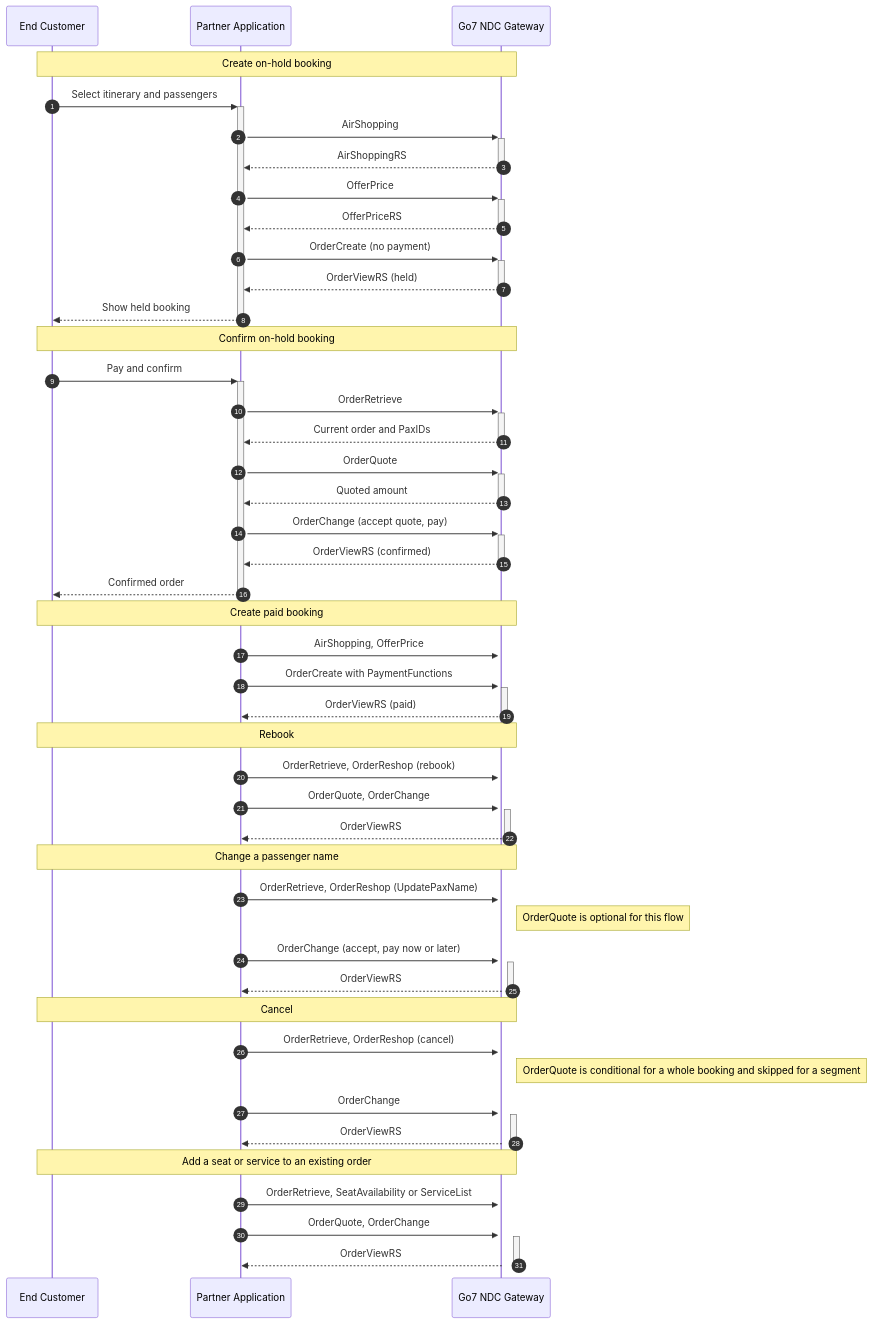
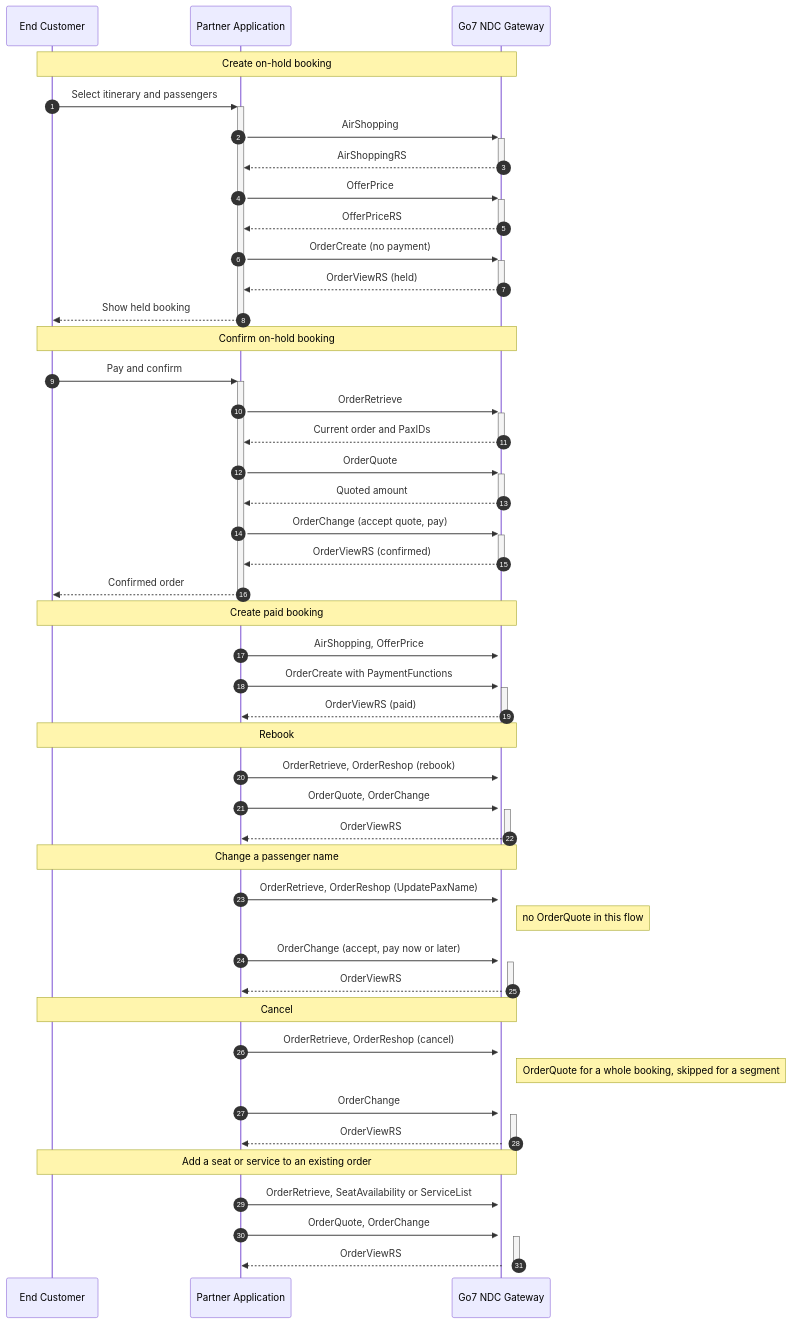
One commit to GO7-WorldTicket/docs changed the diagram in ndc/NDC_PARTNER_GUIDE.md. Above: the diagram before and after it, drawn with Mermaid. The commit also changed other lines of this file and 5 other files, not shown here.

First line of the commit message:
fix(GH-8162): OrderQuote is required, and name change does not use it

````diff
--- a/ndc/NDC_PARTNER_GUIDE.md
+++ b/ndc/NDC_PARTNER_GUIDE.md
@@ -94,54 +94,54 @@
 ```mermaid
 sequenceDiagram
     autonumber
     participant Customer as End Customer
     participant Application as Partner Application
     participant GW as Go7 NDC Gateway
 
     Note over Customer, GW: Create on-hold booking
     Customer->>+Application: Select itinerary and passengers
     Application->>+GW: AirShopping
     GW-->>-Application: AirShoppingRS
     Application->>+GW: OfferPrice
     GW-->>-Application: OfferPriceRS
     Application->>+GW: OrderCreate (no payment)
     GW-->>-Application: OrderViewRS (held)
     Application-->>-Customer: Show held booking
 
     Note over Customer, GW: Confirm on-hold booking
     Customer->>+Application: Pay and confirm
     Application->>+GW: OrderRetrieve
     GW-->>-Application: Current order and PaxIDs
     Application->>+GW: OrderQuote
     GW-->>-Application: Quoted amount
     Application->>+GW: OrderChange (accept quote, pay)
     GW-->>-Application: OrderViewRS (confirmed)
     Application-->>-Customer: Confirmed order
 
     Note over Customer, GW: Create paid booking
     Application->>+GW: AirShopping, OfferPrice
     Application->>+GW: OrderCreate with PaymentFunctions
     GW-->>-Application: OrderViewRS (paid)
 
     Note over Customer, GW: Rebook
     Application->>+GW: OrderRetrieve, OrderReshop (rebook)
     Application->>+GW: OrderQuote, OrderChange
     GW-->>-Application: OrderViewRS
 
     Note over Customer, GW: Change a passenger name
     Application->>+GW: OrderRetrieve, OrderReshop (UpdatePaxName)
-    Note right of GW: OrderQuote is optional for this flow
+    Note right of GW: no OrderQuote in this flow
     Application->>+GW: OrderChange (accept, pay now or later)
     GW-->>-Application: OrderViewRS
 
     Note over Customer, GW: Cancel
     Application->>+GW: OrderRetrieve, OrderReshop (cancel)
-    Note right of GW: OrderQuote is conditional for a whole booking and skipped for a segment
+    Note right of GW: OrderQuote for a whole booking, skipped for a segment
     Application->>+GW: OrderChange
     GW-->>-Application: OrderViewRS
 
     Note over Customer, GW: Add a seat or service to an existing order
     Application->>+GW: OrderRetrieve, SeatAvailability or ServiceList
     Application->>+GW: OrderQuote, OrderChange
     GW-->>-Application: OrderViewRS
 ```
````
